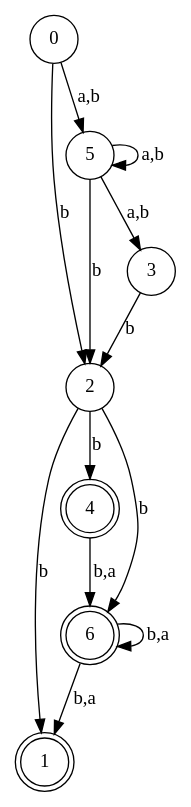
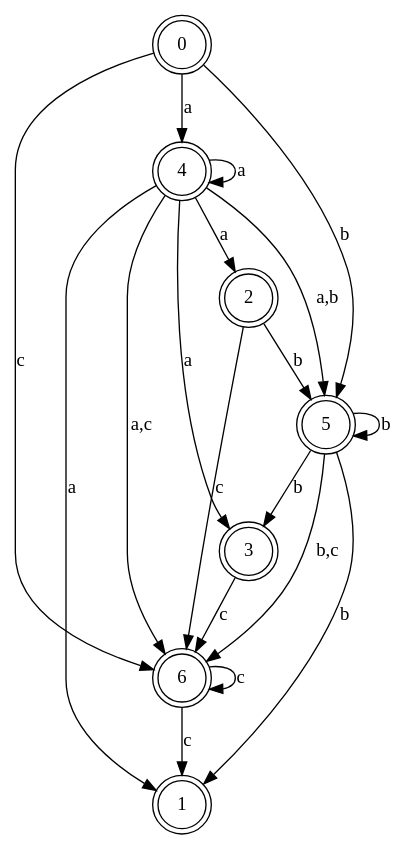
Before and after one commit to igorbragaia/CTC-34: the diagram in projeto_1/test-output/graph.gv, drawn with Graphviz. The commit also changed 3 other files, not shown here.

```diff
--- a/projeto_1/test-output/graph.gv
+++ b/projeto_1/test-output/graph.gv
@@ -1,21 +1,27 @@
 digraph {
-	0 [shape=circle]
+	0 [shape=doublecircle]
 	1 [shape=doublecircle]
-	2 [shape=circle]
-	3 [shape=circle]
+	2 [shape=doublecircle]
+	3 [shape=doublecircle]
 	4 [shape=doublecircle]
-	5 [shape=circle]
+	5 [shape=doublecircle]
 	6 [shape=doublecircle]
-	5 -> 5 [label="a,b"]
-	2 -> 4 [label=b]
-	3 -> 2 [label=b]
-	6 -> 6 [label="b,a"]
-	0 -> 2 [label=b]
-	5 -> 2 [label=b]
-	2 -> 6 [label=b]
-	2 -> 1 [label=b]
-	5 -> 3 [label="a,b"]
-	0 -> 5 [label="a,b"]
-	6 -> 1 [label="b,a"]
-	4 -> 6 [label="b,a"]
+	4 -> 4 [label=a]
+	5 -> 5 [label=b]
+	6 -> 6 [label=c]
+	4 -> 2 [label=a]
+	4 -> 5 [label="a,b"]
+	4 -> 3 [label=a]
+	4 -> 6 [label="a,c"]
+	4 -> 1 [label=a]
+	0 -> 4 [label=a]
+	5 -> 3 [label=b]
+	5 -> 6 [label="b,c"]
+	5 -> 1 [label=b]
+	0 -> 5 [label=b]
+	2 -> 5 [label=b]
+	6 -> 1 [label=c]
+	0 -> 6 [label=c]
+	2 -> 6 [label=c]
+	3 -> 6 [label=c]
 }
```
